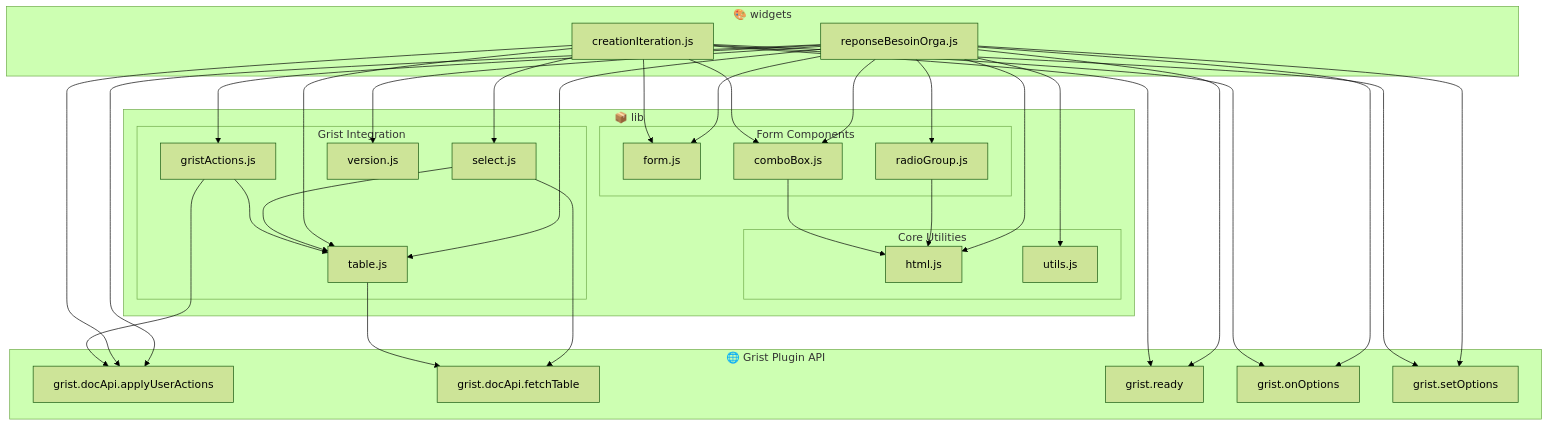
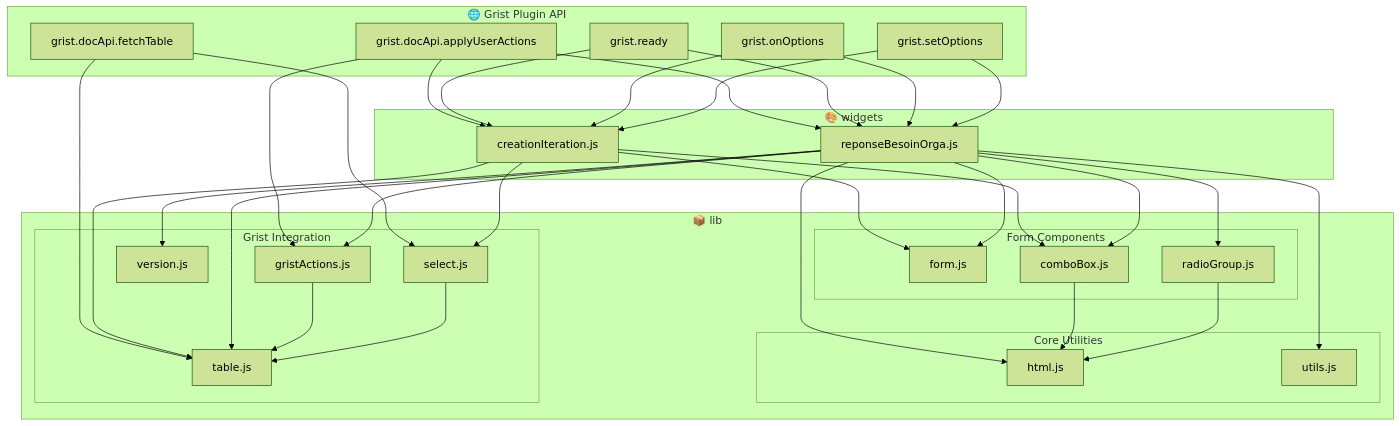
Before and after one commit to AngeCT/WidgetGRIST: the fourth of 4 diagrams in README.md, drawn with Mermaid (forest theme).

Commit message:
Refactor widget subgraph and update dependencies

````diff
--- a/README.md
+++ b/README.md
@@ -307,72 +307,68 @@
 ```mermaid
 flowchart TD
     subgraph API["🌐 Grist Plugin API"]
         G1["grist.docApi.applyUserActions"]
         G2["grist.docApi.fetchTable"]
         G3["grist.ready"]
         G4["grist.onOptions"]
         G5["grist.setOptions"]
+    end
+
+    subgraph WIDGETS["🎨 widgets"]
+        W1["creationIteration.js"]
+        W2["reponseBesoinOrga.js"]
     end
 
     subgraph LIB["📦 lib"]
         subgraph CORE["Core Utilities"]
             HTML["html.js"]
             UTILS["utils.js"]
         end
         subgraph GINT["Grist Integration"]
             GA["gristActions.js"]
             TABLE["table.js"]
             SELECT["select.js"]
             VERSION["version.js"]
         end
         subgraph FCOMP["Form Components"]
             FORM["form.js"]
             COMBO["comboBox.js"]
             RADIO["radioGroup.js"]
         end
     end
 
-    subgraph WIDGETS["🎨 widgets"]
-        W1["creationIteration.js"]
-        W2["reponseBesoinOrga.js"]
-    end
+    %% API → WIDGETS (l'API expose ses méthodes aux widgets)
+    G1 --> W1
+    G3 --> W1
+    G4 --> W1
+    G5 --> W1
+    G1 --> W2
+    G3 --> W2
+    G4 --> W2
+    G5 --> W2
 
-    %% Dépendances internes lib
-    GA --> TABLE
-    SELECT --> TABLE
-    COMBO --> HTML
-    RADIO --> HTML
+    %% API → LIB (l'API expose ses méthodes à la lib)
+    G1 --> GA
+    G2 --> TABLE
+    G2 --> SELECT
 
-    %% lib → API
-    GA --> G1
-    TABLE --> G2
-    SELECT --> G2
-
-    %% Widget 1 → lib
+    %% WIDGETS → LIB
     W1 --> TABLE
     W1 --> SELECT
     W1 --> COMBO
     W1 --> FORM
-
-    %% Widget 1 → API
-    W1 --> G1
-    W1 --> G3
-    W1 --> G4
-    W1 --> G5
-
-    %% Widget 2 → lib
     W2 --> TABLE
     W2 --> COMBO
     W2 --> FORM
     W2 --> RADIO
     W2 --> GA
     W2 --> HTML
     W2 --> UTILS
     W2 --> VERSION
 
-    %% Widget 2 → API
-    W2 --> G1
-    W2 --> G3
-    W2 --> G4
-    W2 --> G5
+    %% Dépendances internes lib
+    GA --> TABLE
+    SELECT --> TABLE
+    COMBO --> HTML
+    RADIO --> HTML
 ```
````
